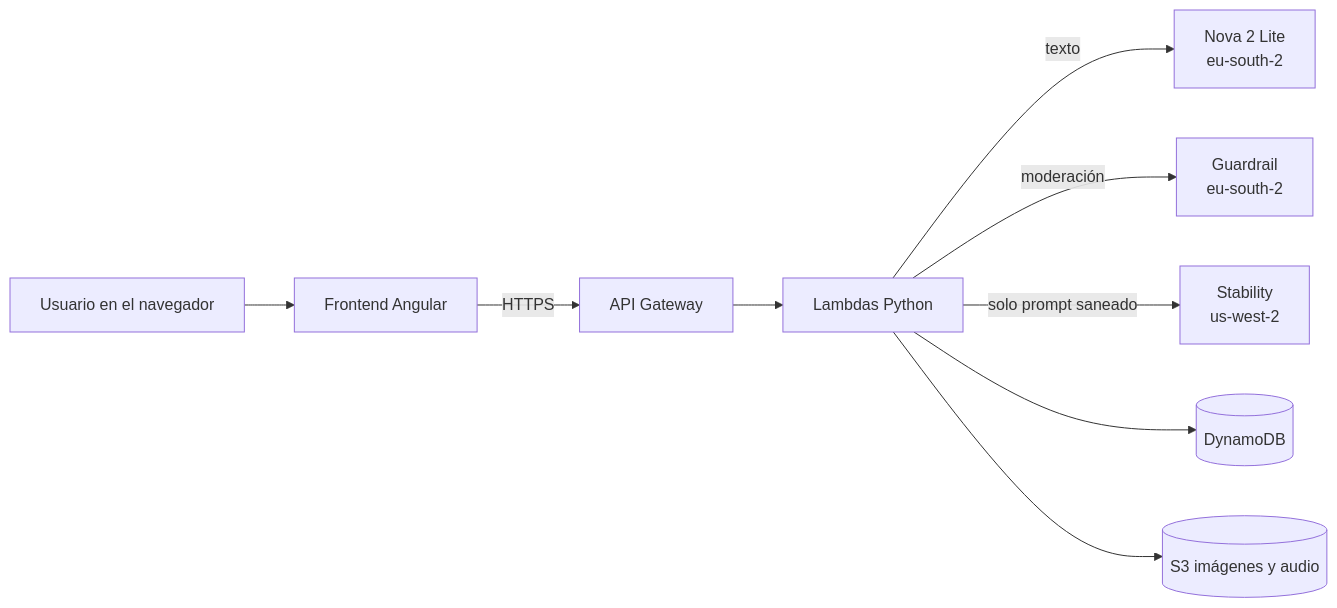
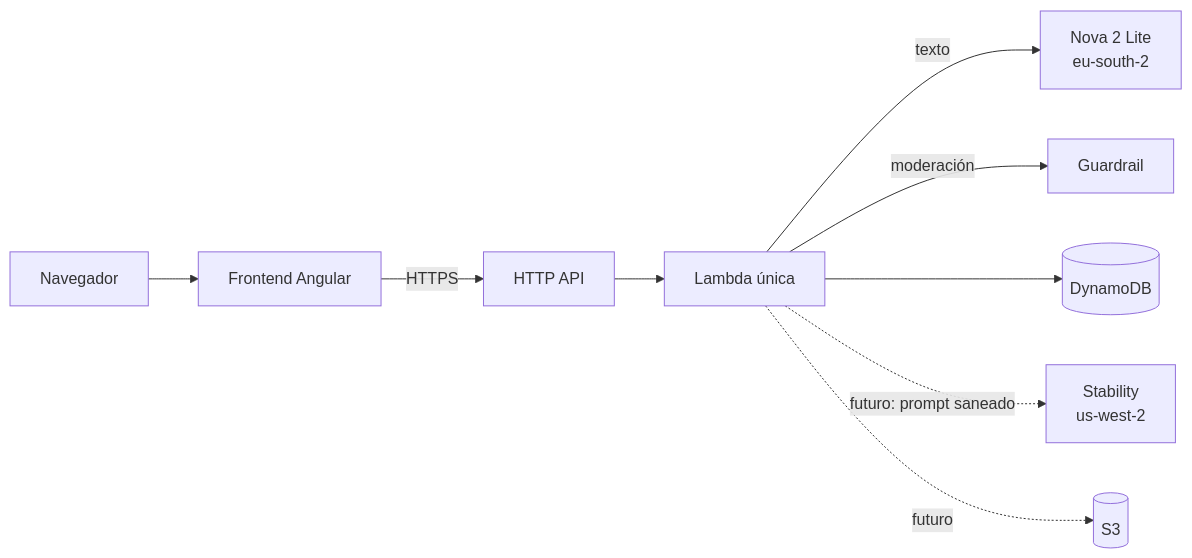
One commit to jllarreag/nightmare changed the first of 2 diagrams in docs/documento-tecnico.md. Above: the diagram before and after it, drawn with Mermaid. The commit also changed other lines of this file and 2 other files, not shown here.

Commit message:
Rewrite technical document and spec for the simplified architecture

````diff
--- a/docs/documento-tecnico.md
+++ b/docs/documento-tecnico.md
@@ -52,11 +32,11 @@
 ```mermaid
 flowchart LR
-  U[Usuario en el navegador] --> FE[Frontend Angular]
-  FE -->|HTTPS| API[API Gateway]
-  API --> L[Lambdas Python]
+  U[Navegador] --> FE[Frontend Angular]
+  FE -->|HTTPS| API[HTTP API]
+  API --> L[Lambda única]
   L -->|texto| NOVA[Nova 2 Lite<br/>eu-south-2]
-  L -->|moderación| GR[Guardrail<br/>eu-south-2]
-  L -->|solo prompt saneado| IMG[Stability<br/>us-west-2]
+  L -->|moderación| GR[Guardrail]
   L --> DB[(DynamoDB)]
-  L --> S3[(S3 imágenes y audio)]
+  L -.->|futuro: prompt saneado| IMG[Stability<br/>us-west-2]
+  L -.->|futuro| S3[(S3)]
 ```
````
